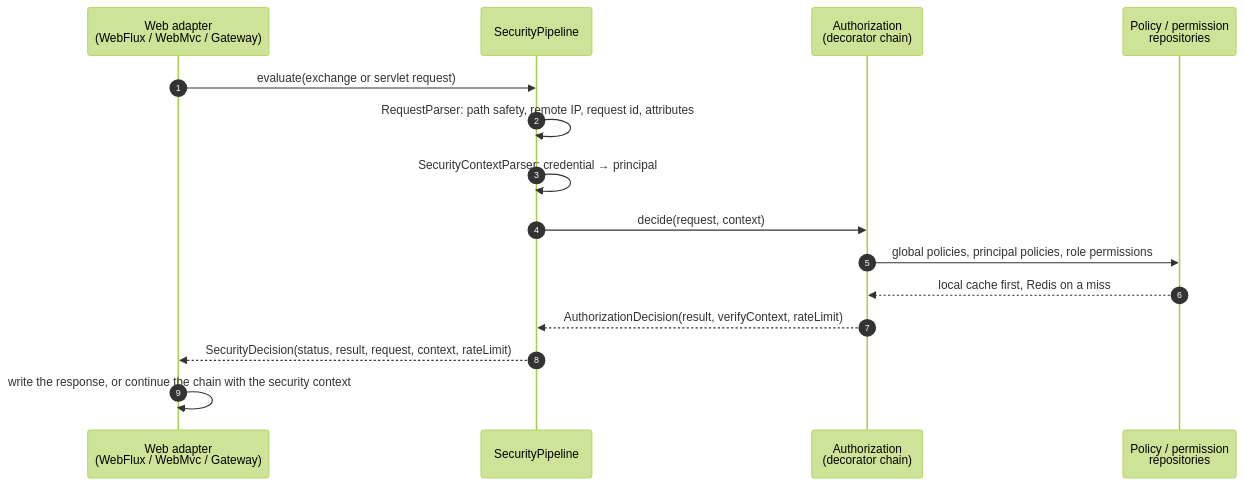
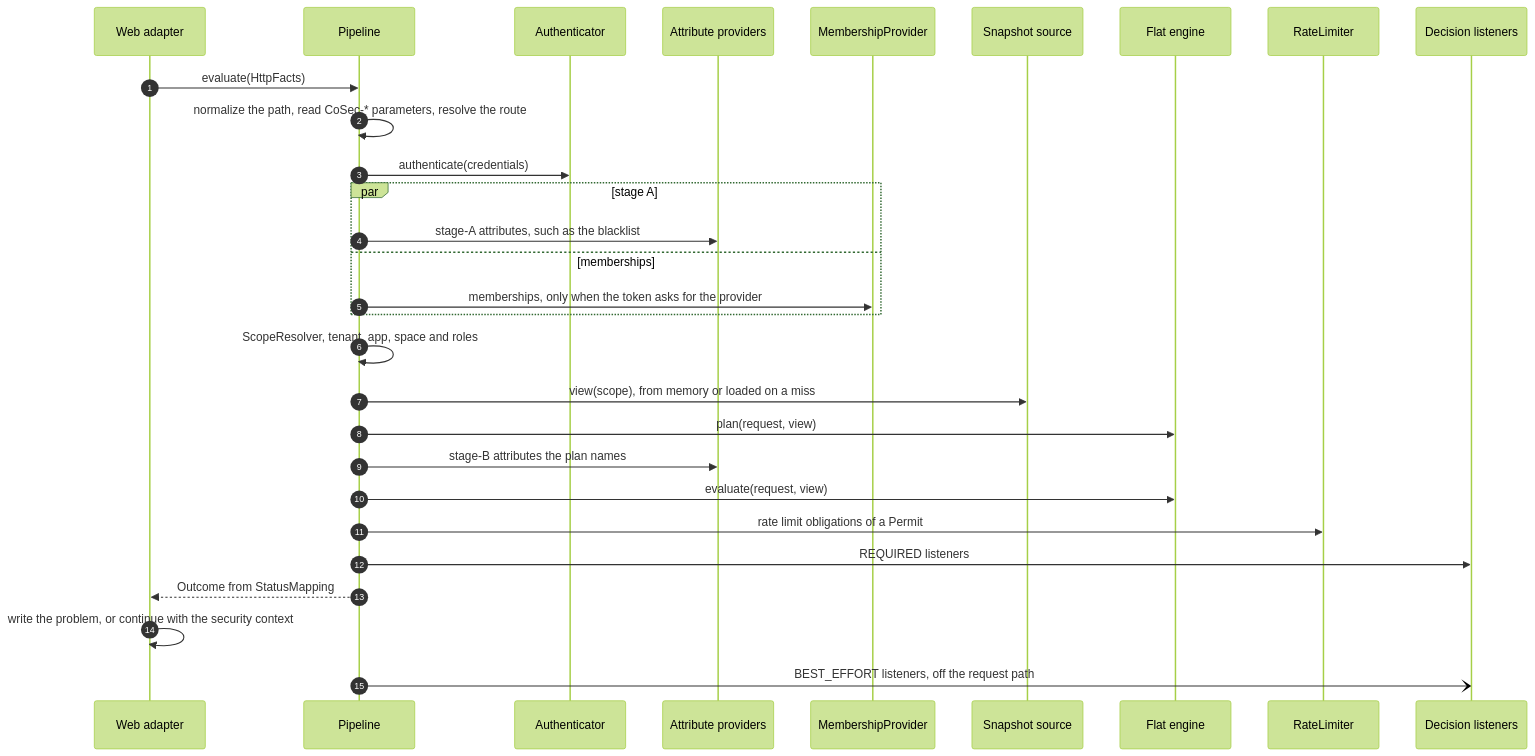
Before and after one commit to Ahoo-Wang/CoSec: the second of 3 diagrams in wiki/architecture/overview.md, drawn with Mermaid (forest theme). The commit also changed other lines of this file and 54 other files, not shown here.

````diff
--- a/wiki/architecture/overview.md
+++ b/wiki/architecture/overview.md
@@ -91,17 +109,31 @@
 ```mermaid
 sequenceDiagram
     autonumber
-    participant A as Web adapter<br>(WebFlux / WebMvc / Gateway)
-    participant P as SecurityPipeline
-    participant Z as Authorization<br>(decorator chain)
-    participant R as Policy / permission<br>repositories
-    A->>P: evaluate(exchange or servlet request)
-    P->>P: RequestParser: path safety, remote IP, request id, attributes
-    P->>P: SecurityContextParser: credential → principal
-    P->>Z: decide(request, context)
-    Z->>R: global policies, principal policies, role permissions
-    R-->>Z: local cache first, Redis on a miss
-    Z-->>P: AuthorizationDecision(result, verifyContext, rateLimit)
-    P-->>A: SecurityDecision(status, result, request, context, rateLimit)
-    A->>A: write the response, or continue the chain with the security context
+    participant A as Web adapter
+    participant P as Pipeline
+    participant N as Authenticator
+    participant X as Attribute providers
+    participant M as MembershipProvider
+    participant S as Snapshot source
+    participant E as Flat engine
+    participant R as RateLimiter
+    participant L as Decision listeners
+    A->>P: evaluate(HttpFacts)
+    P->>P: normalize the path, read CoSec-* parameters, resolve the route
+    P->>N: authenticate(credentials)
+    par stage A
+        P->>X: stage-A attributes, such as the blacklist
+    and memberships
+        P->>M: memberships, only when the token asks for the provider
+    end
+    P->>P: ScopeResolver, tenant, app, space and roles
+    P->>S: view(scope), from memory or loaded on a miss
+    P->>E: plan(request, view)
+    P->>X: stage-B attributes the plan names
+    P->>E: evaluate(request, view)
+    P->>R: rate limit obligations of a Permit
+    P->>L: REQUIRED listeners
+    P-->>A: Outcome from StatusMapping
+    A->>A: write the problem, or continue with the security context
+    P-)L: BEST_EFFORT listeners, off the request path
 ```
````
